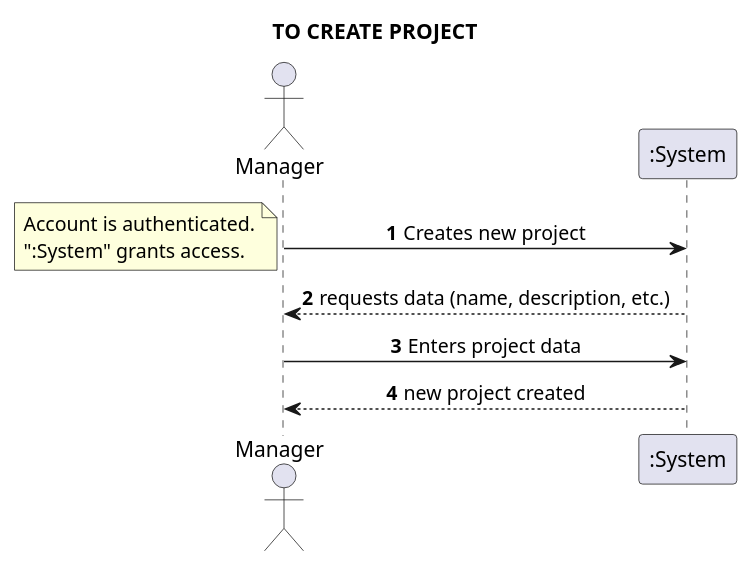
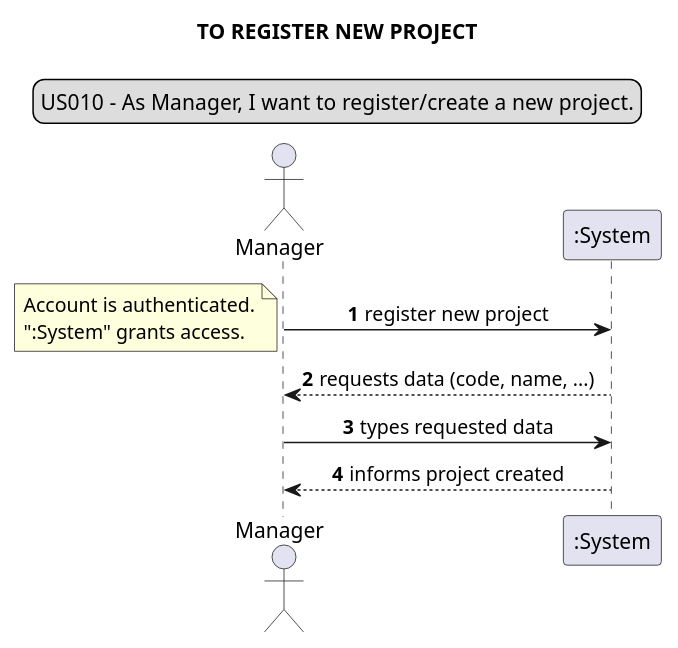
The ninth of 28 diagrams in docs/requirements_gathering/system_sequence_diagrams/systemSequenceDiagram.puml (Loracline/project_switch_22-23), drawn with PlantUML before and after one commit.

Commit message:
US010 : Analysis : Updated system sequence diagram

```diff
--- a/docs/requirements_gathering/system_sequence_diagrams/systemSequenceDiagram.puml
+++ b/docs/requirements_gathering/system_sequence_diagrams/systemSequenceDiagram.puml
@@ -141,14 +141,18 @@
 @startuml
 skinparam sequenceMessageAlign center
-title TO CREATE PROJECT
+title TO REGISTER NEW PROJECT
+legend top
+US010 - As Manager, I want to register/create a new project.
+end legend
 autonumber
+
 actor "Manager"
-"Manager" -> ":System": Creates new project
+"Manager" -> ":System": register new project
 note left
 Account is authenticated.
 ":System" grants access.
 end note
-"Manager" <-- ":System": requests data (name, description, etc.)
-"Manager" -> ":System":  Enters project data
-"Manager" <-- ":System": new project created
+"Manager" <-- ":System": requests data (code, name, ...)
+"Manager" -> ":System":  types requested data
+"Manager" <-- ":System": informs project created
 @enduml
```
